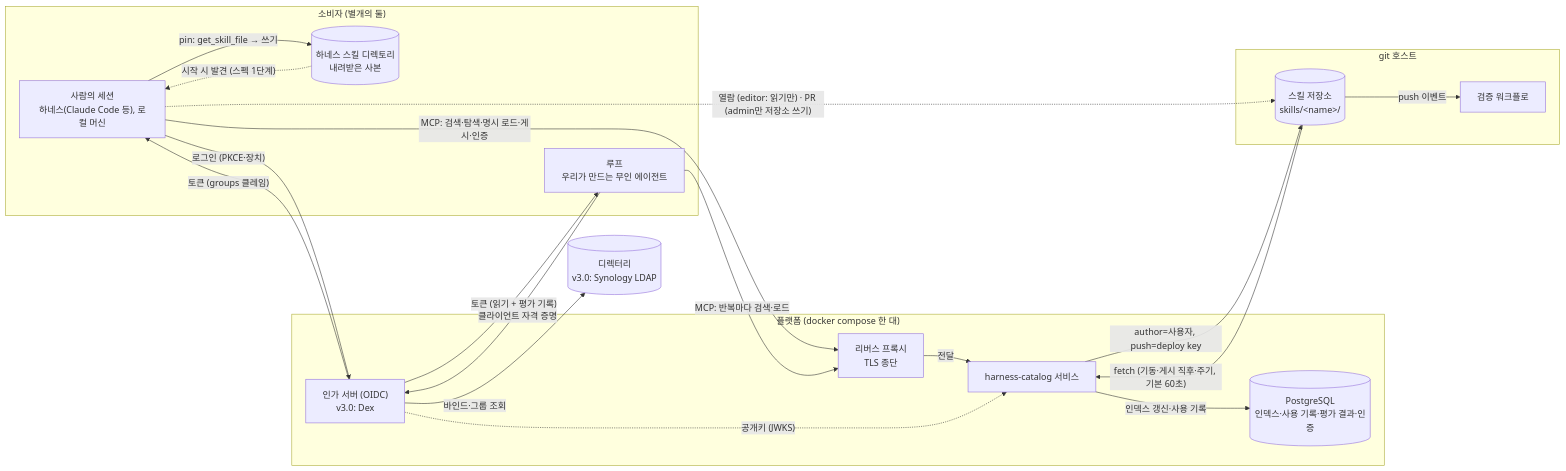
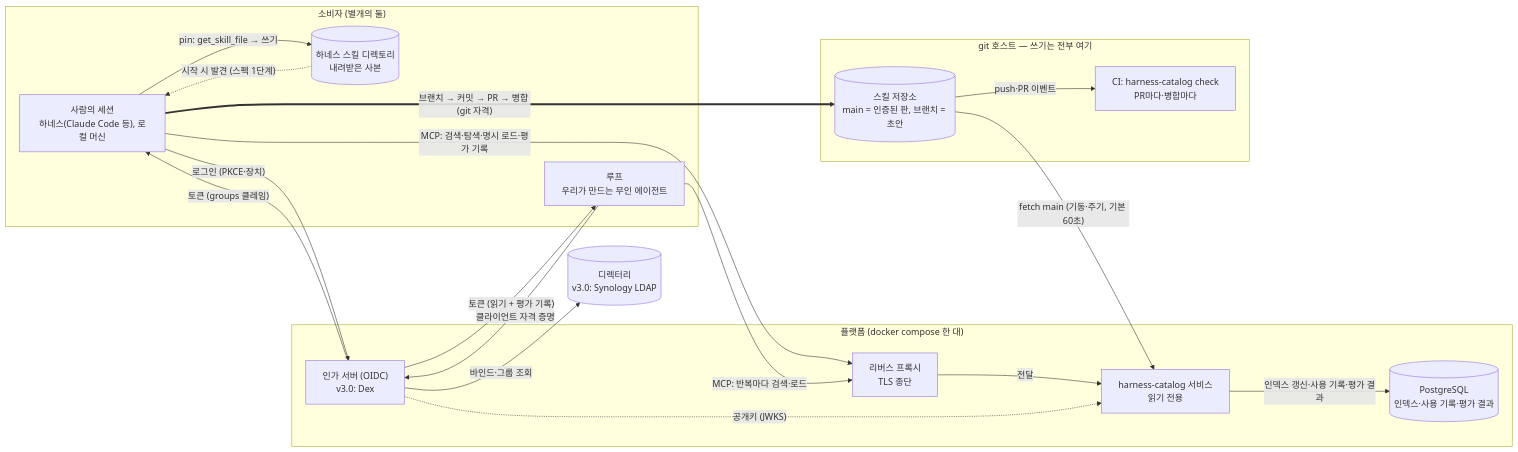
The first of 4 diagrams in DESIGN.md (alteralab/harness-catalog), drawn with Mermaid before and after one commit. The commit also changed other lines of this file and 5 other files, not shown here.

First line of the commit message:
design·plans: v3.3 — 게시·인증을 git 호스트의 트렁크 기반 워크플로로 (사용자 결정)

````diff
--- a/DESIGN.md
+++ b/DESIGN.md
@@ -43,35 +43,34 @@
 ```mermaid
 flowchart LR
     subgraph EDGE["소비자 (별개의 둘)"]
         HUMAN["사람의 세션<br/>하네스(Claude Code 등), 로컬 머신"]
         LOOP["루프<br/>우리가 만드는 무인 에이전트"]
         LOCAL[("하네스 스킬 디렉토리<br/>내려받은 사본")]
     end
     DIR[("디렉터리<br/>v3.0: Synology LDAP")]
     subgraph PLATFORM["플랫폼 (docker compose 한 대)"]
         PROXY["리버스 프록시<br/>TLS 종단"]
         AUTHS["인가 서버 (OIDC)<br/>v3.0: Dex"]
-        REG["harness-catalog 서비스"]
-        PG[("PostgreSQL<br/>인덱스·사용 기록·평가 결과·인증")]
+        REG["harness-catalog 서비스<br/>읽기 전용"]
+        PG[("PostgreSQL<br/>인덱스·사용 기록·평가 결과")]
     end
-    subgraph GIT["git 호스트"]
-        REPO[("스킬 저장소<br/>skills/&lt;name&gt;/")]
-        CI["검증 워크플로"]
+    subgraph GIT["git 호스트 — 쓰기는 전부 여기"]
+        REPO[("스킬 저장소<br/>main = 인증된 판, 브랜치 = 초안")]
+        CI["CI: harness-catalog check<br/>PR마다·병합마다"]
     end
     HUMAN -- "로그인 (PKCE·장치)" --> AUTHS
     LOOP -- "클라이언트 자격 증명" --> AUTHS
     AUTHS -- "바인드·그룹 조회" --> DIR
     AUTHS -- "토큰 (groups 클레임)" --> HUMAN
     AUTHS -- "토큰 (읽기 + 평가 기록)" --> LOOP
-    HUMAN -- "MCP: 검색·탐색·명시 로드·게시·인증" --> PROXY
+    HUMAN -- "MCP: 검색·탐색·명시 로드·평가 기록" --> PROXY
     LOOP -- "MCP: 반복마다 검색·로드" --> PROXY
     PROXY -- "전달" --> REG
     AUTHS -. "공개키 (JWKS)" .-> REG
-    REG -- "인덱스 갱신·사용 기록" --> PG
-    REPO -- "fetch (기동·게시 직후·주기, 기본 60초)" --> REG
-    REG -- "author=사용자, push=deploy key" --> REPO
-    REPO -- "push 이벤트" --> CI
+    REG -- "인덱스 갱신·사용 기록·평가 결과" --> PG
+    REPO -- "fetch main (기동·주기, 기본 60초)" --> REG
+    REPO -- "push·PR 이벤트" --> CI
     HUMAN -- "pin: get_skill_file → 쓰기" --> LOCAL
     LOCAL -. "시작 시 발견 (스펙 1단계)" .-> HUMAN
-    HUMAN -. "열람 (editor: 읽기만) · PR (admin만 저장소 쓰기)" .-> REPO
+    HUMAN == "브랜치 → 커밋 → PR → 병합 (git 자격)" ==> REPO
 ```
````
